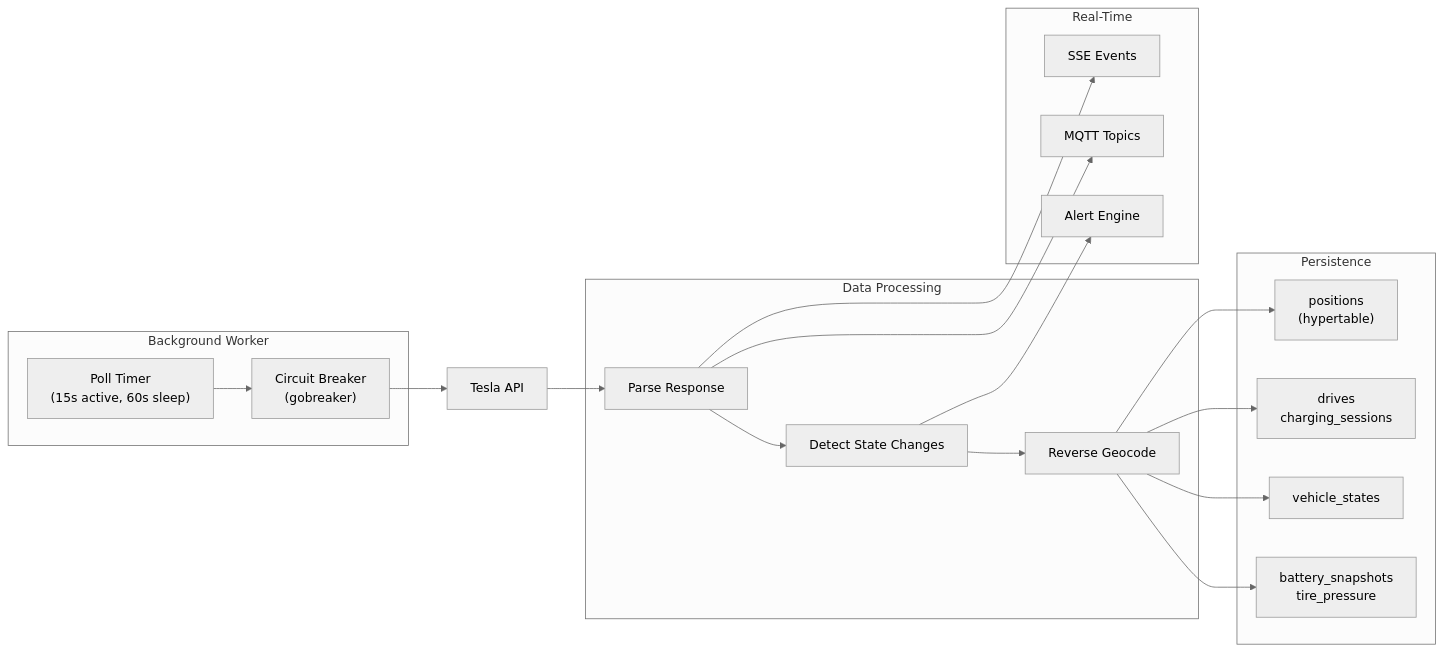
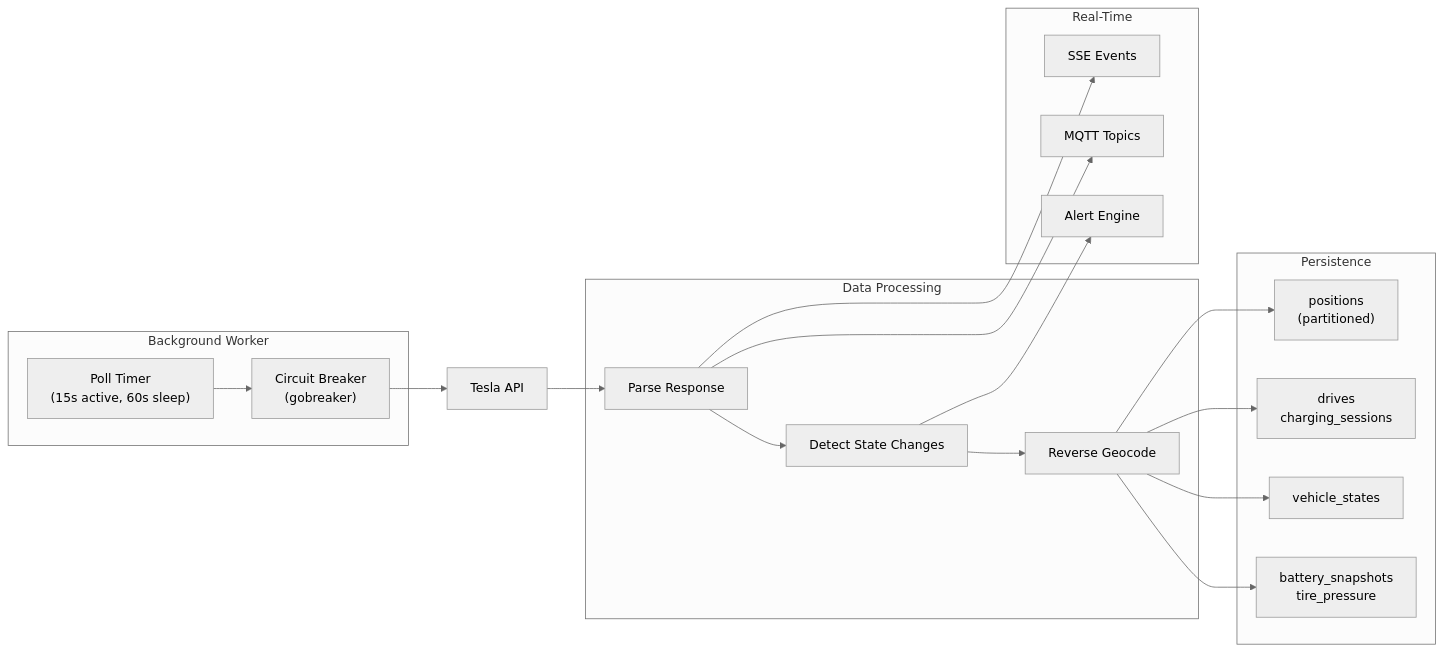
Before and after one commit to ev-dev-labs/teslasync: the third of 7 diagrams in docs/guide/diagrams.md, drawn with Mermaid (neutral theme). The commit also changed other lines of this file and 26 other files, not shown here.

````diff
--- a/docs/guide/diagrams.md
+++ b/docs/guide/diagrams.md
@@ -67,34 +67,34 @@
 ```mermaid
 graph LR
     subgraph Polling["Background Worker"]
         Timer["Poll Timer<br/>(15s active, 60s sleep)"]
         CB["Circuit Breaker<br/>(gobreaker)"]
     end
 
     subgraph Processing["Data Processing"]
         Parse["Parse Response"]
         Detect["Detect State Changes"]
         Geo["Reverse Geocode"]
     end
 
     subgraph Storage["Persistence"]
-        Positions["positions<br/>(hypertable)"]
+        Positions["positions<br/>(partitioned)"]
         Drives["drives<br/>charging_sessions"]
         States["vehicle_states"]
         Metrics["battery_snapshots<br/>tire_pressure"]
     end
 
     subgraph Broadcast["Real-Time"]
         SSE["SSE Events"]
         MQTT["MQTT Topics"]
         Alerts["Alert Engine"]
     end
 
     Timer --> CB --> TeslaAPI["Tesla API"]
     TeslaAPI --> Parse
     Parse --> Detect
     Detect --> Geo
     Geo --> Positions & Drives & States & Metrics
     Parse --> SSE & MQTT
     Detect --> Alerts
 ```
````
